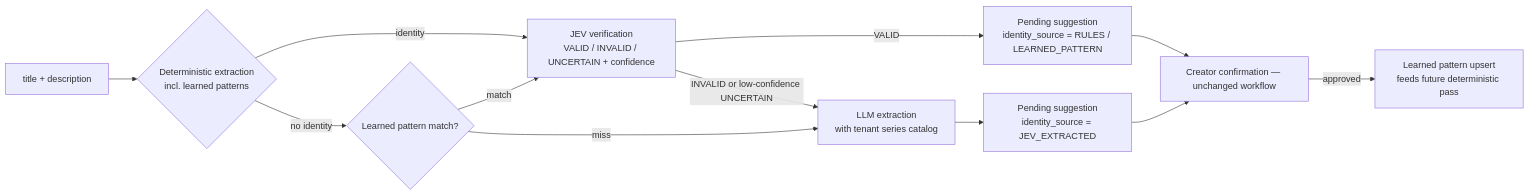
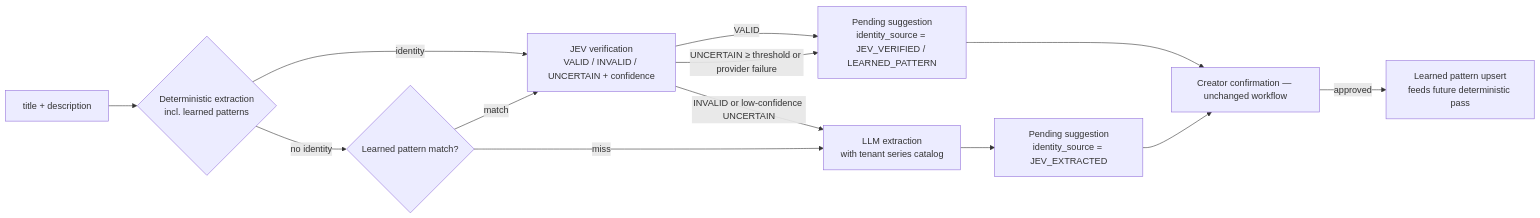
Before and after one commit to adrianojtf/content-manager: the diagram in docs/specifications/technical-episode-identity-cascade.md, drawn with Mermaid. The commit also changed other lines of this file and 89 other files, not shown here.

````diff
--- a/docs/specifications/technical-episode-identity-cascade.md
+++ b/docs/specifications/technical-episode-identity-cascade.md
@@ -13,13 +13,14 @@
 ```mermaid
 flowchart LR
     A[title + description] --> B{Deterministic extraction<br/>incl. learned patterns}
     B -- identity --> V[JEV verification<br/>VALID / INVALID / UNCERTAIN + confidence]
     B -- no identity --> P{Learned pattern match?}
     P -- match --> V
     P -- miss --> L[LLM extraction<br/>with tenant series catalog]
-    V -- VALID --> S[Pending suggestion<br/>identity_source = RULES / LEARNED_PATTERN]
+    V -- VALID --> S[Pending suggestion<br/>identity_source = JEV_VERIFIED / LEARNED_PATTERN]
+    V -- UNCERTAIN ≥ threshold or provider failure --> S
     V -- INVALID or low-confidence UNCERTAIN --> L
     L --> S2[Pending suggestion<br/>identity_source = JEV_EXTRACTED]
     S & S2 --> C[Creator confirmation — unchanged workflow]
     C -- approved --> N[Learned pattern upsert<br/>feeds future deterministic pass]
 ```
````
